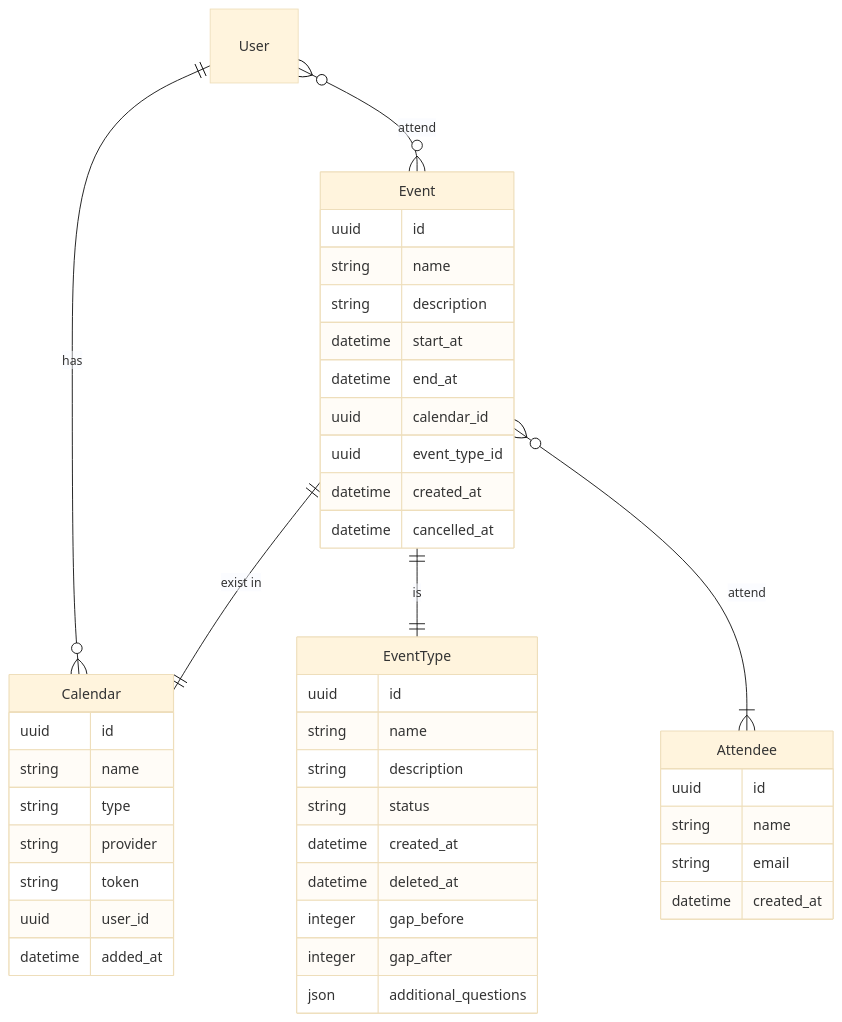
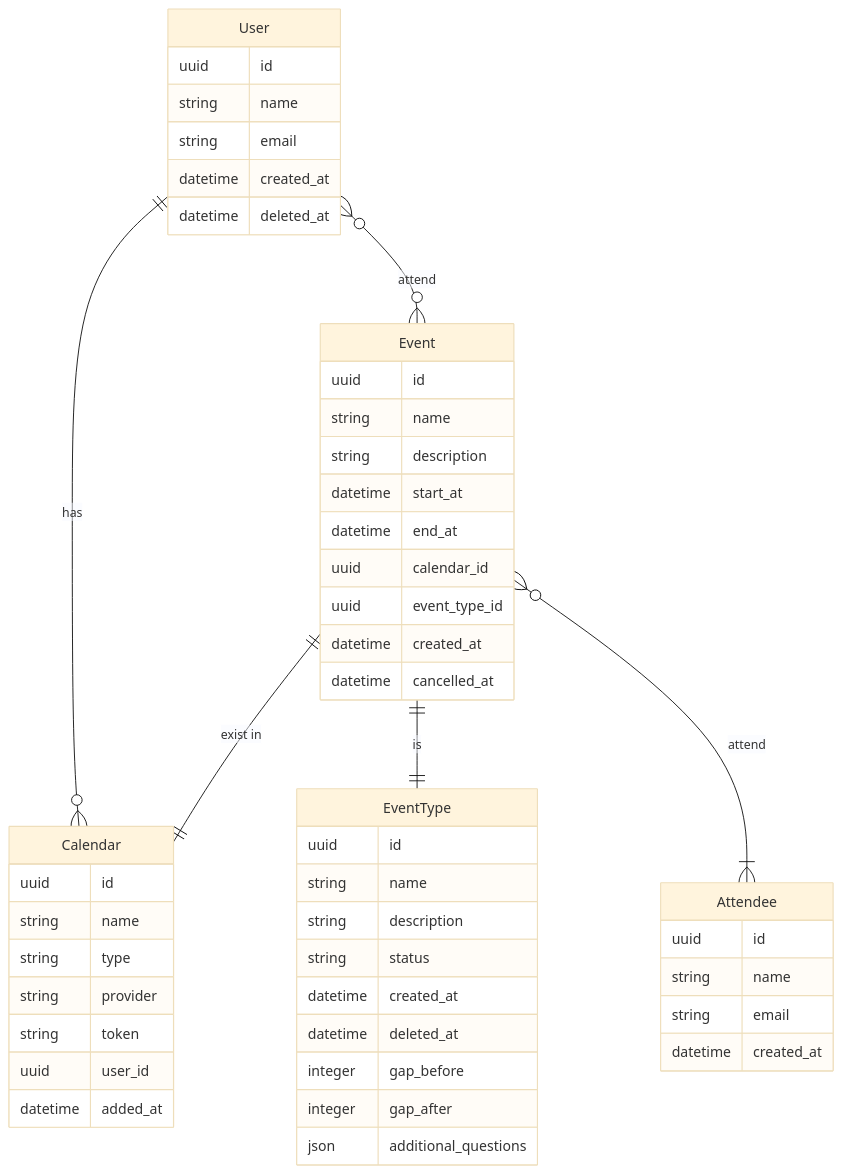
Before and after one commit to vladar107/time-matcher: the diagram in documentation/diagrams/Data-Model.md, drawn with Mermaid (base theme). The commit also changed 1 other file, not shown here.

Commit message:
docs(init): diagrams
fix data model

````diff
--- a/documentation/diagrams/Data-Model.md
+++ b/documentation/diagrams/Data-Model.md
@@ -3,49 +3,57 @@
 ```mermaid
 erDiagram
+User {
+  uuid id
+  string name
+  string email
+  datetime created_at
+  datetime deleted_at
+}
+
 Attendee {
   uuid id
   string name
   string email
   datetime created_at
 }
 
 Calendar {
   uuid id
   string name
   string type 
   string provider
   string token
   uuid user_id
   datetime added_at
 }
 
 EventType {
   uuid id
   string name
   string description
   string status
   datetime created_at
   datetime deleted_at
   integer gap_before
   integer gap_after
   json additional_questions
 }
 
 Event {
   uuid id
   string name
   string description
   datetime start_at
   datetime end_at
   uuid calendar_id
   uuid event_type_id
   datetime created_at
   datetime cancelled_at
 }
 
 User ||--o{ Calendar : has
 User }o--o{ Event : attend
 Event ||--|| EventType : is
 Event ||--|| Calendar : "exist in"
 Event }o--|{ Attendee : attend
 ```
````
